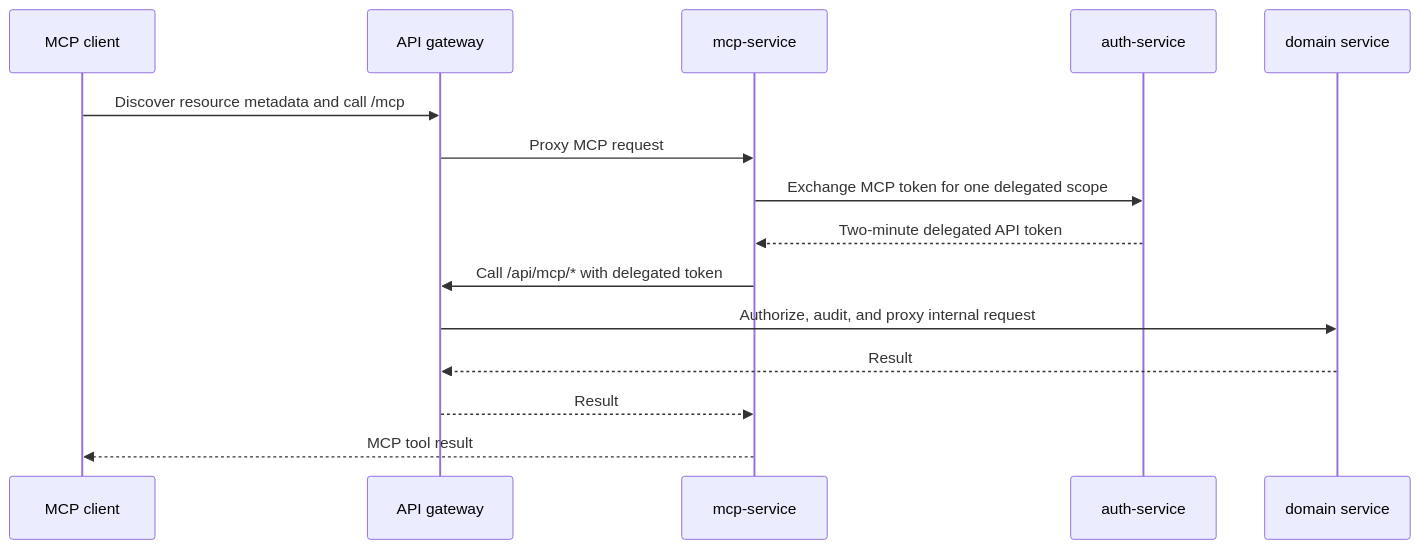
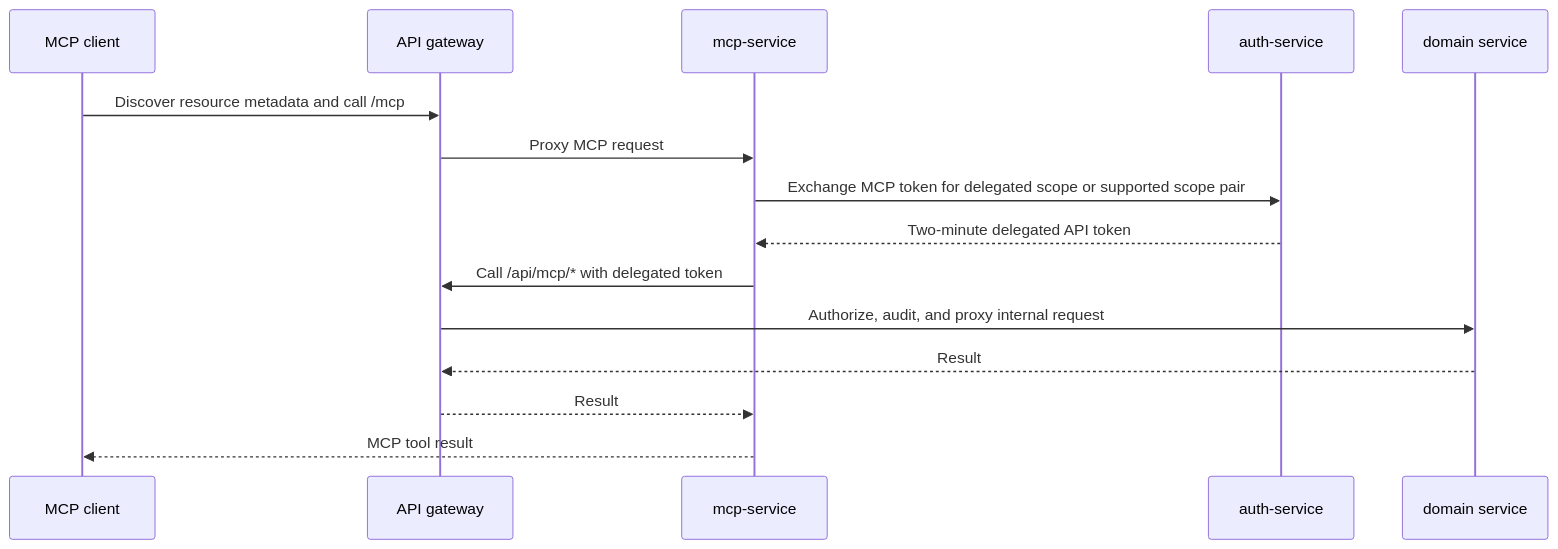
Before and after one commit to PetoAdam/homenavi: the diagram in doc/mcp.md, drawn with Mermaid. The commit also changed other lines of this file and 36 other files, not shown here.

````diff
--- a/doc/mcp.md
+++ b/doc/mcp.md
@@ -17,18 +17,18 @@
 ```mermaid
 sequenceDiagram
 	participant C as MCP client
 	participant G as API gateway
 	participant M as mcp-service
 	participant A as auth-service
 	participant D as domain service
 
 	C->>G: Discover resource metadata and call /mcp
 	G->>M: Proxy MCP request
-	M->>A: Exchange MCP token for one delegated scope
+	M->>A: Exchange MCP token for delegated scope or supported scope pair
 	A-->>M: Two-minute delegated API token
 	M->>G: Call /api/mcp/* with delegated token
 	G->>D: Authorize, audit, and proxy internal request
 	D-->>G: Result
 	G-->>M: Result
 	M-->>C: MCP tool result
 ```
````
